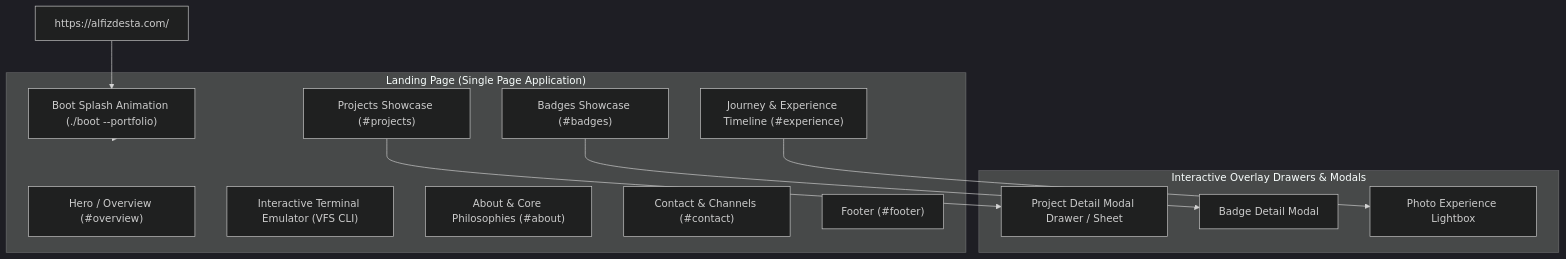
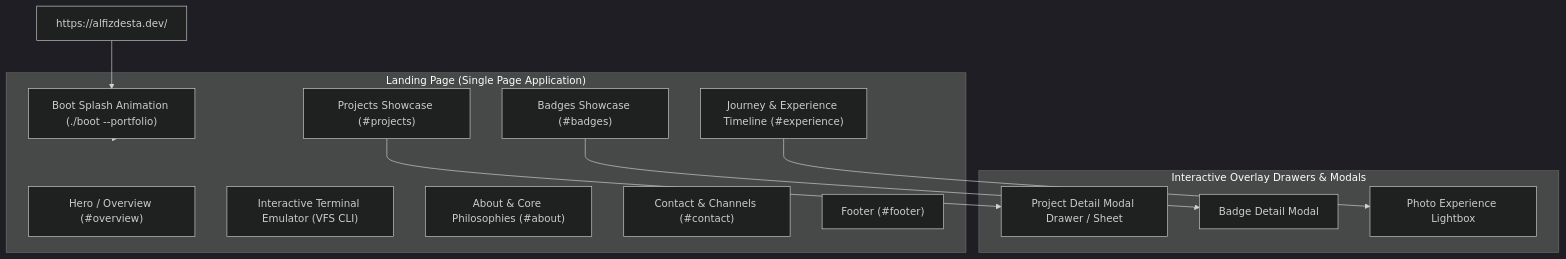
One commit to exenthiast/portofolio changed the first of 2 diagrams in PRD.md. Above: the diagram before and after it, drawn with Mermaid (dark theme). The commit also changed other lines of this file and 15 other files, not shown here.

Commit message:
chore: update domain from alfizdesta.com to alfizdesta.dev

````diff
--- a/PRD.md
+++ b/PRD.md
@@ -80,28 +80,28 @@
 ```mermaid
 graph TD
-    Root["https://alfizdesta.com/"]
+    Root["https://alfizdesta.dev/"]
     
     subgraph LandingPage ["Landing Page (Single Page Application)"]
         BootSplash["Boot Splash Animation (./boot --portfolio)"]
         Hero["Hero / Overview (#overview)"]
         Terminal["Interactive Terminal Emulator (VFS CLI)"]
         About["About & Core Philosophies (#about)"]
         Projects["Projects Showcase (#projects)"]
         Experience["Journey & Experience Timeline (#experience)"]
         Badges["Badges Showcase (#badges)"]
         Contact["Contact & Channels (#contact)"]
         Footer["Footer (#footer)"]
     end
     
     subgraph OverlayDrawers ["Interactive Overlay Drawers & Modals"]
         ProjectDrawer["Project Detail Modal Drawer / Sheet"]
         BadgeModal["Badge Detail Modal"]
         Lightbox["Photo Experience Lightbox"]
     end
 
     Root --> BootSplash
     BootSplash --> LandingPage
     Projects --> ProjectDrawer
     Badges --> BadgeModal
     Experience --> Lightbox
 ```
````
